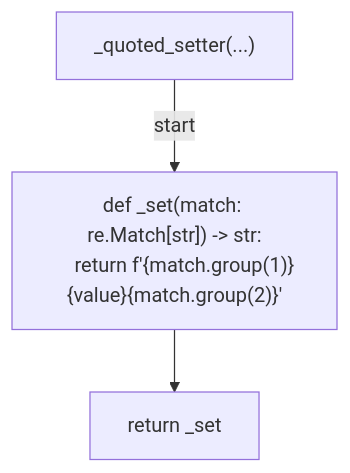
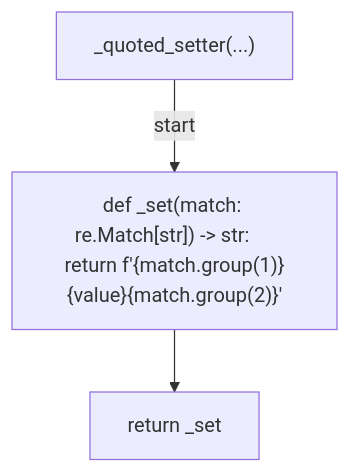
One commit to tvna/claude-md changed the second of 20 diagrams in docs/generated/scripts/ast/flake_pin.md. Above: the diagram before and after it, drawn with Mermaid. The commit also changed other lines of this file and 30 other files, not shown here.

First line of the commit message:
docs(generated): regenerate decision tree and workflow diagrams (batch 2/5)

````diff
--- a/docs/generated/scripts/ast/flake_pin.md
+++ b/docs/generated/scripts/ast/flake_pin.md
@@ -24,9 +24,8 @@
 ```mermaid
 flowchart TD
     N001["_quoted_setter(...)"]
-    N002["def _set(match: re.Match[str]) -> str:
-    return f'{match.group(1)}{value}{match.group(2)}'"]
+    N002["def _set(match: re.Match[str]) -> str:     return f'{match.group(1)}{value}{match.group(2)}'"]
     N003["return _set"]
     N001 -->|"start"| N002
     N002 --> N003
 ```
````
